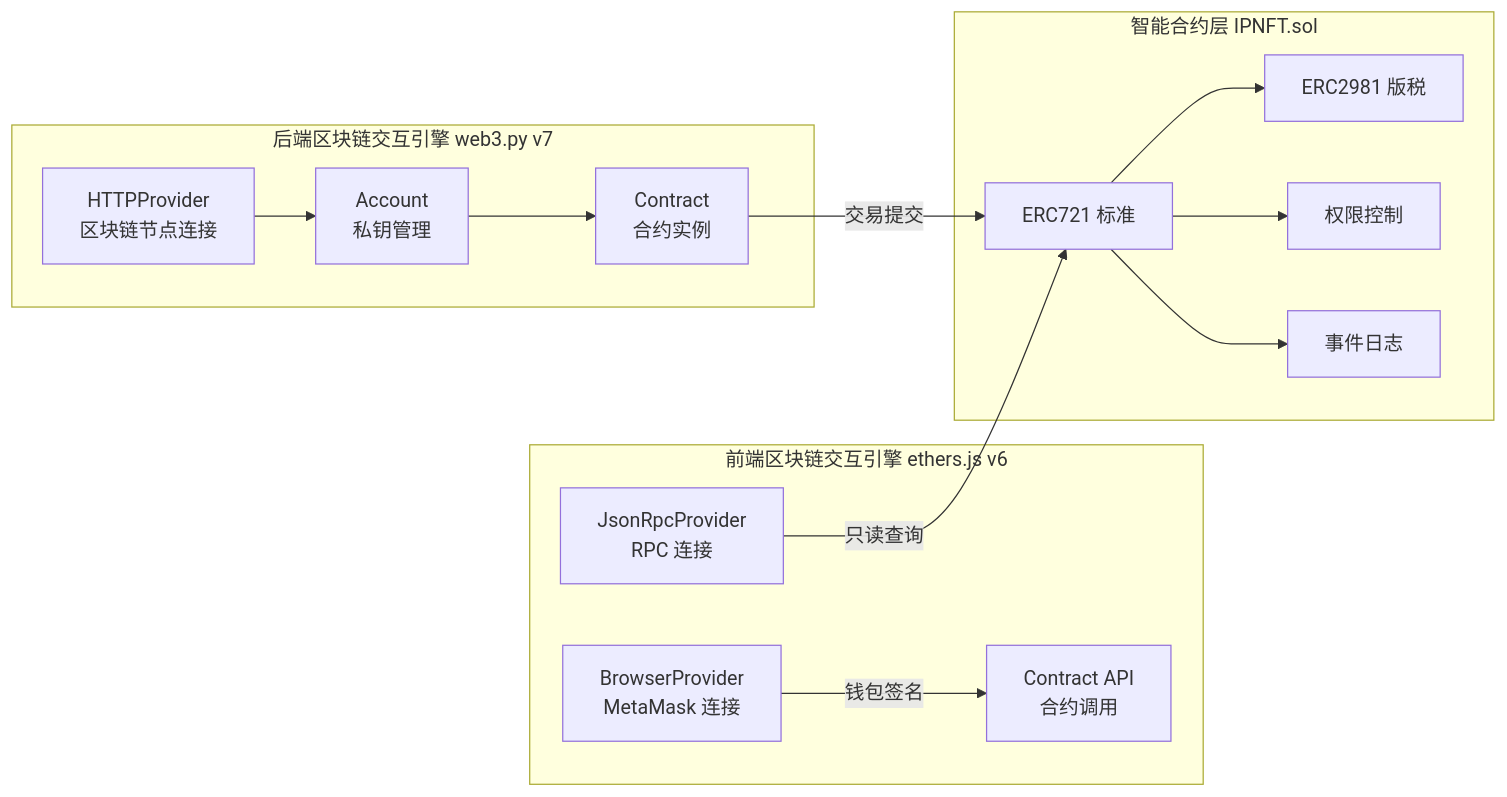
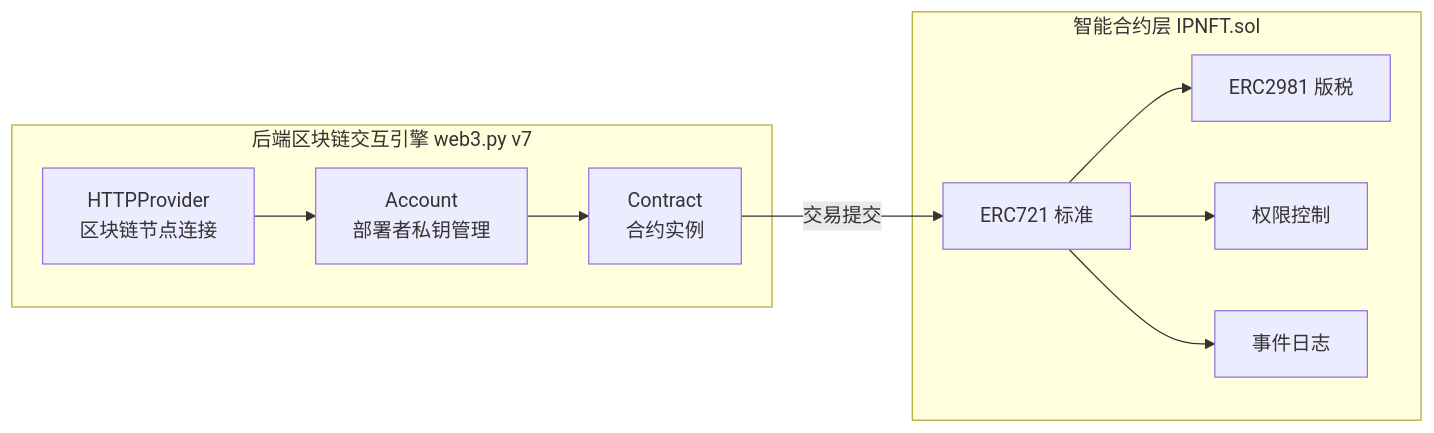
Before and after one commit to Daniele111222/web3.0_system: the second of 10 diagrams in docs/web2-web3-architecture.md, drawn with Mermaid. The commit also changed other lines of this file and 2 other files, not shown here.

````diff
--- a/docs/web2-web3-architecture.md
+++ b/docs/web2-web3-architecture.md
@@ -157,30 +151,22 @@
 ```mermaid
 graph LR
-    subgraph "前端区块链交互引擎 ethers.js v6"
-        E1[BrowserProvider<br/>MetaMask 连接]
-        E2[JsonRpcProvider<br/>RPC 连接]
-        E3[Contract API<br/>合约调用]
-    end
-    
     subgraph "后端区块链交互引擎 web3.py v7"
         W1[HTTPProvider<br/>区块链节点连接]
-        W2[Account<br/>私钥管理]
+        W2[Account<br/>部署者私钥管理]
         W3[Contract<br/>合约实例]
     end
-    
+
     subgraph "智能合约层 IPNFT.sol"
         C1[ERC721 标准]
         C2[ERC2981 版税]
         C3[权限控制]
         C4[事件日志]
     end
-    
-    E1 -->|钱包签名| E3
-    E2 -->|只读查询| C1
+
     W1 --> W2
     W2 --> W3
     W3 -->|交易提交| C1
     C1 --> C2
     C1 --> C3
     C1 --> C4
 ```
````
